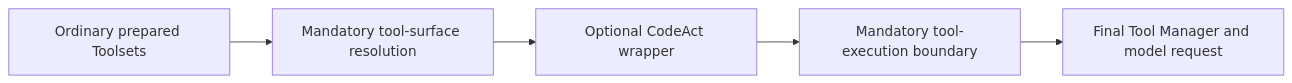
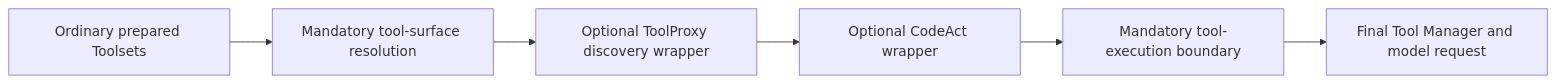
One commit to LTThreeComma/agent-foundation changed the first of 2 diagrams in spec/a13n-harness/07-tool-execution.md. Above: the diagram before and after it, drawn with Mermaid. The commit also changed other lines of this file and 24 other files, not shown here.

First line of the commit message:
feat(harness): add grouped ToolProxy discovery and CodeAct support (#385)

````diff
--- a/spec/a13n-harness/07-tool-execution.md
+++ b/spec/a13n-harness/07-tool-execution.md
@@ -119,7 +119,8 @@
 ```mermaid
 flowchart LR
     Candidates[Ordinary prepared Toolsets] --> Surface[Mandatory tool-surface resolution]
-    Surface --> CodeAct[Optional CodeAct wrapper]
+    Surface --> Proxy[Optional ToolProxy discovery wrapper]
+    Proxy --> CodeAct[Optional CodeAct wrapper]
     CodeAct --> Boundary[Mandatory tool-execution boundary]
     Boundary --> Manager[Final Tool Manager and model request]
 ```
````
